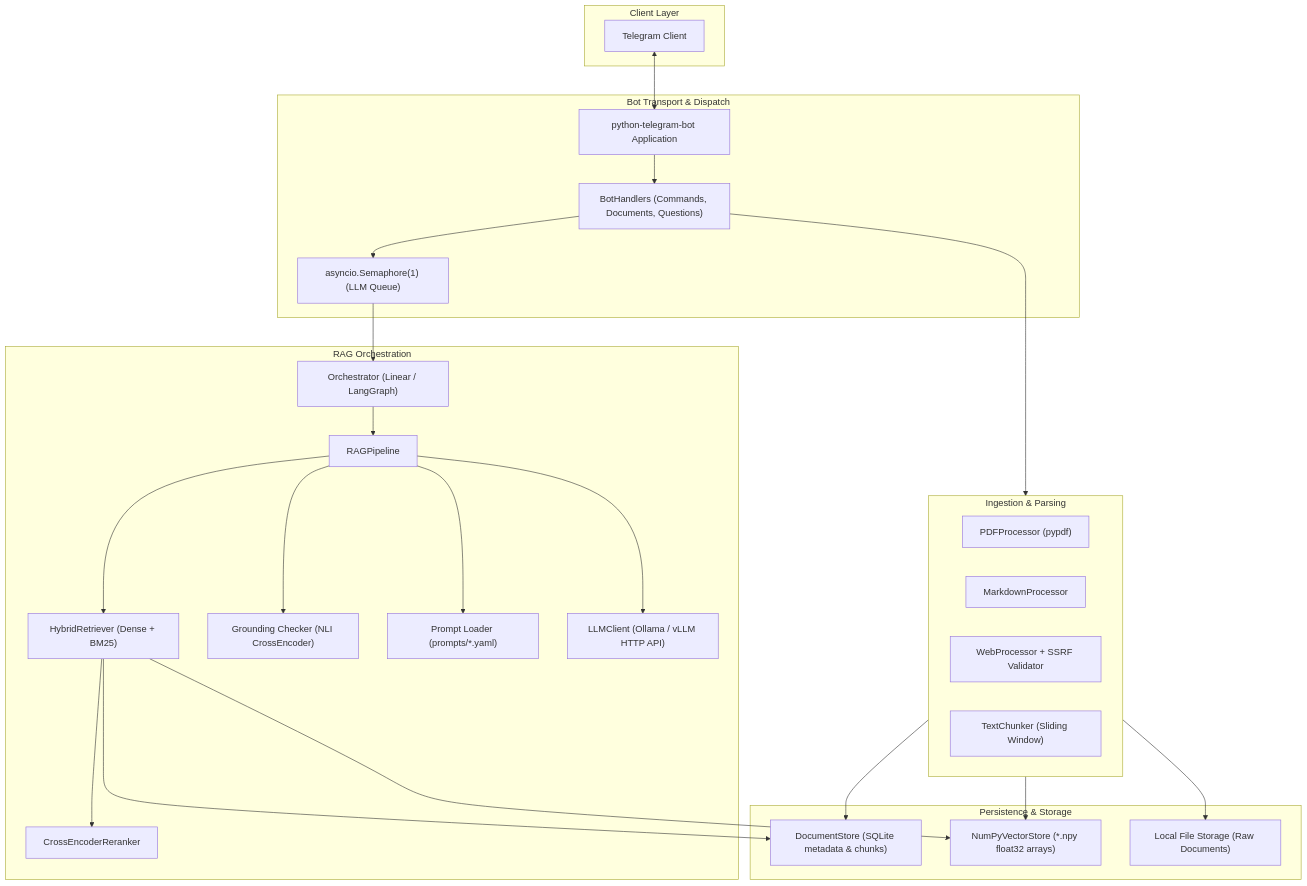
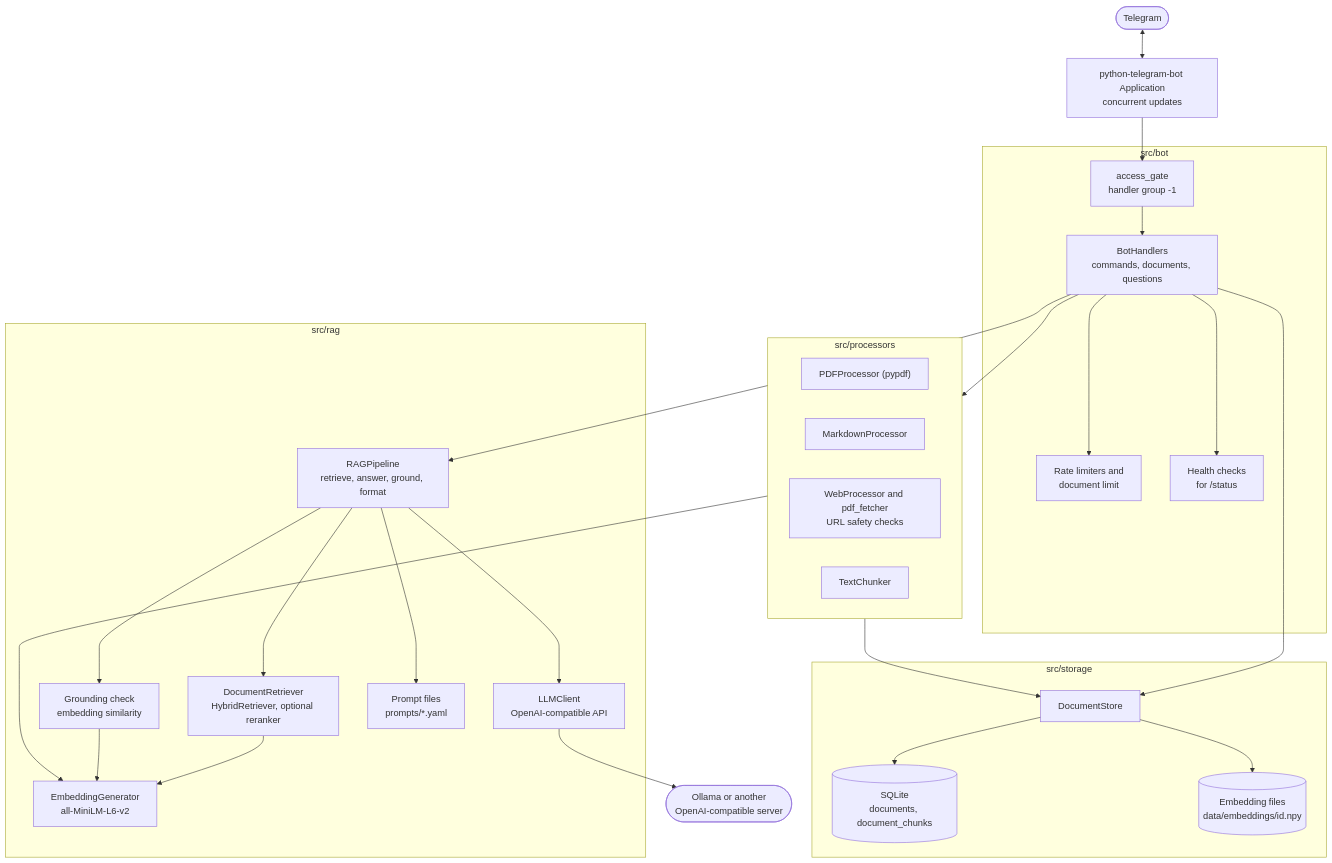
One commit to himani-2-git/TeleRAG changed the first of 2 diagrams in docs/architecture.md. Above: the diagram before and after it, drawn with Mermaid. The commit also changed other lines of this file and 6 other files, not shown here.

````diff
--- a/docs/architecture.md
+++ b/docs/architecture.md
@@ -11,53 +7,51 @@
 ```mermaid
-flowchart TD
-    subgraph ClientLayer["Client Layer"]
-        TG["Telegram Client"]
+flowchart TB
+    tg(["Telegram"]) <--> app["python-telegram-bot Application<br/>concurrent updates"]
+
+    subgraph bot["src/bot"]
+        gate["access_gate<br/>handler group -1"]
+        handlers["BotHandlers<br/>commands, documents, questions"]
+        limits["Rate limiters and<br/>document limit"]
+        health["Health checks<br/>for /status"]
     end
 
-    subgraph BotLayer["Bot Transport & Dispatch"]
-        App["python-telegram-bot Application"]
-        BH["BotHandlers (Commands, Documents, Questions)"]
-        Sem["asyncio.Semaphore(1) (LLM Queue)"]
+    subgraph processors["src/processors"]
+        pdf["PDFProcessor (pypdf)"]
+        md["MarkdownProcessor"]
+        web["WebProcessor and pdf_fetcher<br/>URL safety checks"]
+        chunker["TextChunker"]
     end
 
-    subgraph ProcessingLayer["Ingestion & Parsing"]
-        PDF["PDFProcessor (pypdf)"]
-        MD["MarkdownProcessor"]
-        Web["WebProcessor + SSRF Validator"]
-        Chunker["TextChunker (Sliding Window)"]
+    subgraph rag["src/rag"]
+        pipeline["RAGPipeline<br/>retrieve, answer, ground, format"]
+        retriever["DocumentRetriever<br/>HybridRetriever, optional reranker"]
+        embed["EmbeddingGenerator<br/>all-MiniLM-L6-v2"]
+        llm["LLMClient<br/>OpenAI-compatible API"]
+        grounding["Grounding check<br/>embedding similarity"]
+        prompts["Prompt files<br/>prompts/*.yaml"]
     end
 
-    subgraph PipelineLayer["RAG Orchestration"]
-        Orch["Orchestrator (Linear / LangGraph)"]
-        Pipe["RAGPipeline"]
-        Retriever["HybridRetriever (Dense + BM25)"]
-        Reranker["CrossEncoderReranker"]
-        Ground["Grounding Checker (NLI CrossEncoder)"]
-        Prompts["Prompt Loader (prompts/*.yaml)"]
-        LLM["LLMClient (Ollama / vLLM HTTP API)"]
+    subgraph storage["src/storage"]
+        docstore["DocumentStore"]
+        sqlite[("SQLite<br/>documents, document_chunks")]
+        npy[("Embedding files<br/>data/embeddings/id.npy")]
     end
 
-    subgraph StorageLayer["Persistence & Storage"]
-        DocStore["DocumentStore (SQLite metadata & chunks)"]
-        VecStore["NumPyVectorStore (*.npy float32 arrays)"]
-        RawDocs["Local File Storage (Raw Documents)"]
-    end
-
-    TG <--> App
-    App --> BH
-    BH --> Sem
-    BH --> ProcessingLayer
-    ProcessingLayer --> DocStore
-    ProcessingLayer --> VecStore
-    ProcessingLayer --> RawDocs
-
-    Sem --> Orch
-    Orch --> Pipe
-    Pipe --> Retriever
-    Retriever --> DocStore
-    Retriever --> VecStore
-    Retriever --> Reranker
-    Pipe --> Prompts
-    Pipe --> LLM
-    Pipe --> Ground
+    app --> gate --> handlers
+    handlers --> limits
+    handlers --> processors
+    processors --> embed
+    processors --> docstore
+    handlers --> pipeline
+    handlers --> health
+    pipeline --> retriever
+    pipeline --> llm
+    pipeline --> grounding
+    pipeline --> prompts
+    retriever --> embed
+    grounding --> embed
+    docstore --> sqlite
+    docstore --> npy
+    handlers --> docstore
+    llm --> ollama(["Ollama or another<br/>OpenAI-compatible server"])
 ```
````
